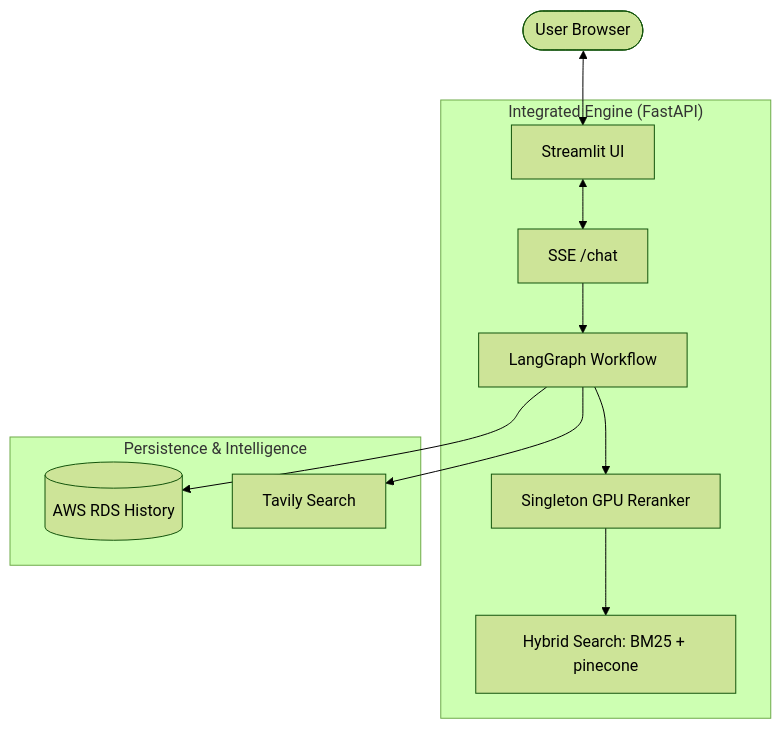
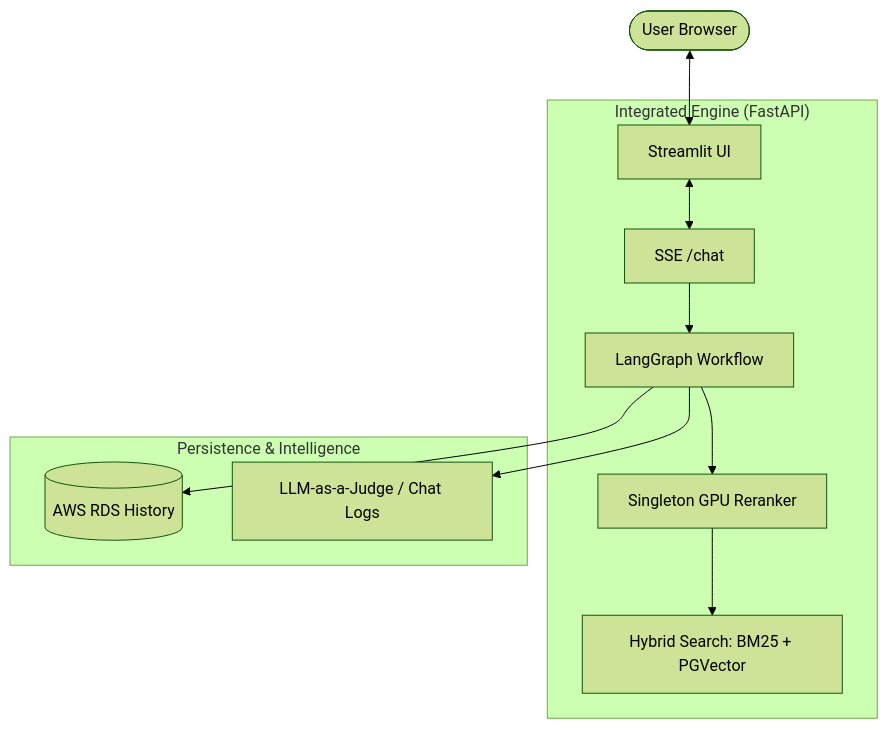
The diagram in README.md (SKNETWORKS-FAMILY-AICAMP/SKN23-3rd-2TEAM), drawn with Mermaid (forest theme) before and after one commit. The commit also changed other lines of this file and 20 other files, not shown here.

````diff
--- a/README.md
+++ b/README.md
@@ -29,16 +47,16 @@
 ```mermaid
 graph TD
     User([User Browser]) <--> FE[Streamlit UI]
     
     subgraph "Integrated Engine (FastAPI)"
         FE <--> API_Chat[SSE /chat]
         API_Chat --> Graph[LangGraph Workflow]
         Graph --> Reranker[Singleton GPU Reranker]
-        Reranker --> Hybrid[Hybrid Search: BM25 + pinecone]
+        Reranker --> Hybrid[Hybrid Search: BM25 + PGVector]
     end
     
     subgraph "Persistence & Intelligence"
         Graph --> History[(AWS RDS History)]
-        Graph --> Web[Tavily Search]
+        Graph --> Judge[LLM-as-a-Judge / Chat Logs]
     end
 ```
````
